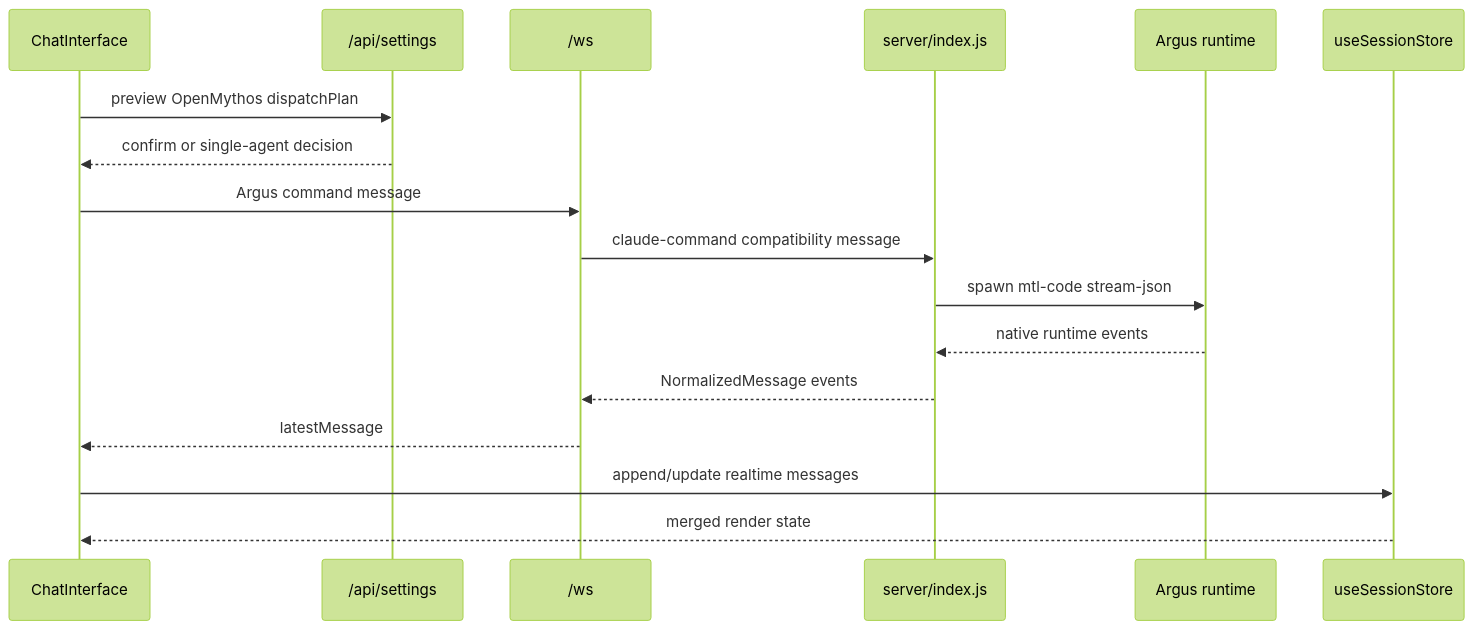
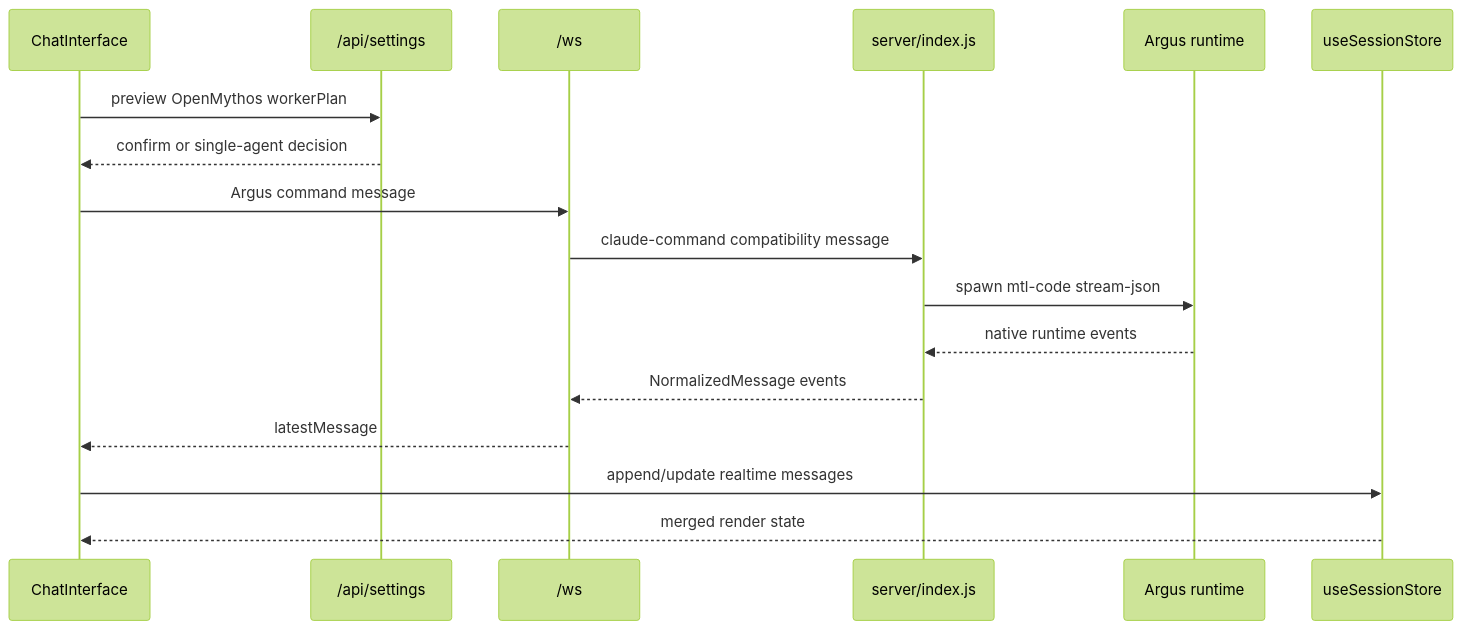
One commit to wyy-debug/AIINWORK changed the second of 5 diagrams in claudecodeui/docs/knowledge/04-runtime-flows.md. Above: the diagram before and after it, drawn with Mermaid (forest theme). The commit also changed other lines of this file and 40 other files, not shown here.

Commit message:
Rewrite OpenMythos worker runtime

````diff
--- a/claudecodeui/docs/knowledge/04-runtime-flows.md
+++ b/claudecodeui/docs/knowledge/04-runtime-flows.md
@@ -68,20 +68,20 @@
 ```mermaid
 sequenceDiagram
   participant Chat as ChatInterface
   participant Settings as /api/settings
   participant WS as /ws
   participant Server as server/index.js
   participant Runtime as Argus runtime
   participant Store as useSessionStore
 
-  Chat->>Settings: preview OpenMythos dispatchPlan
+  Chat->>Settings: preview OpenMythos workerPlan
   Settings-->>Chat: confirm or single-agent decision
   Chat->>WS: Argus command message
   WS->>Server: claude-command compatibility message
   Server->>Runtime: spawn mtl-code stream-json
   Runtime-->>Server: native runtime events
   Server-->>WS: NormalizedMessage events
   WS-->>Chat: latestMessage
   Chat->>Store: append/update realtime messages
   Store-->>Chat: merged render state
 ```
````
